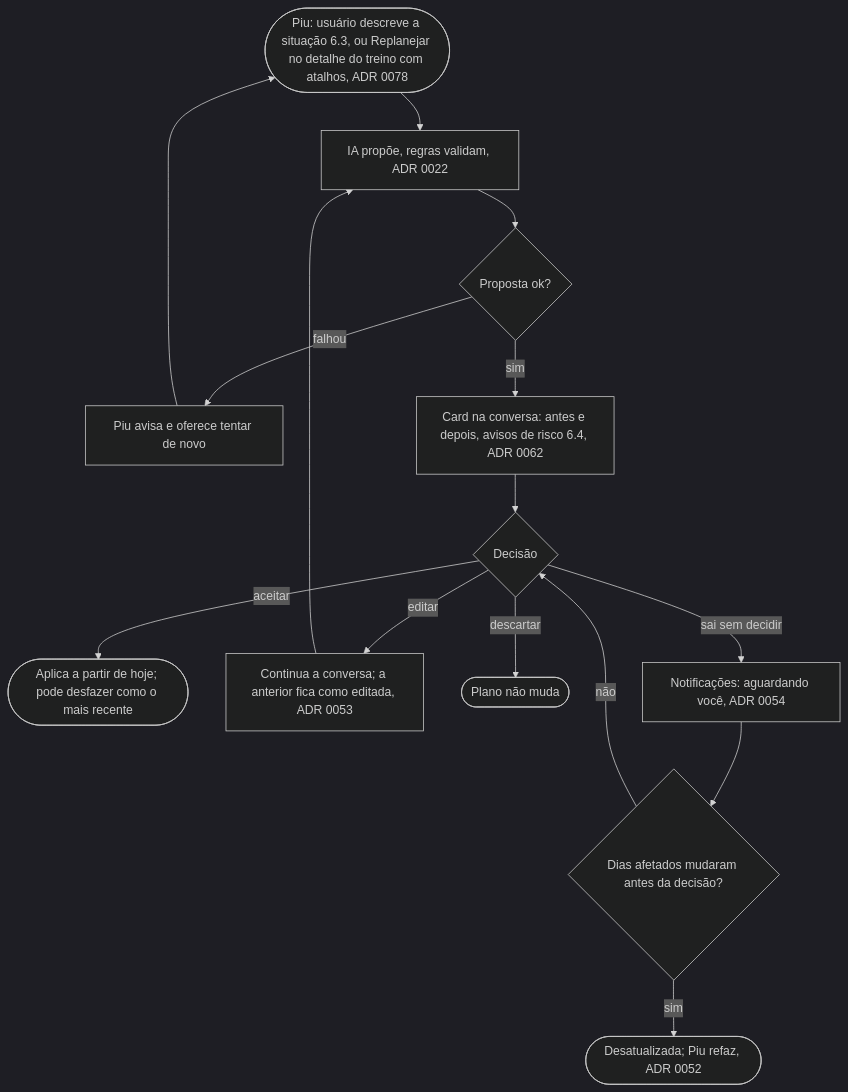
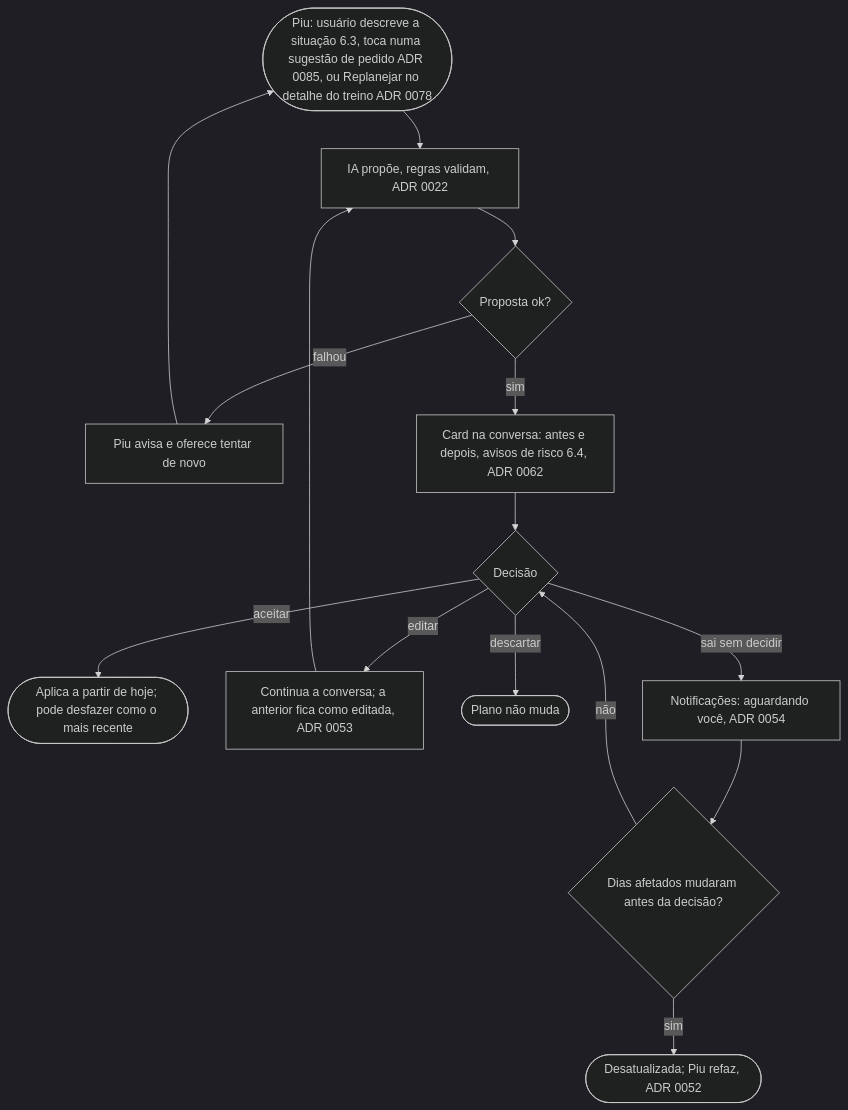
One commit to cruzvini/app-corrida changed the tenth of 11 diagrams in docs/fluxos.md. Above: the diagram before and after it, drawn with Mermaid (dark theme). The commit also changed other lines of this file and 6 other files, not shown here.

First line of the commit message:
docs: ADR 0085 - sugestões de pedido no Piu geram uma proposta do Piu

````diff
--- a/docs/fluxos.md
+++ b/docs/fluxos.md
@@ -241,15 +239,15 @@
 ```mermaid
 flowchart TD
-  A([Piu: usuário descreve a situação 6.3, ou Replanejar no detalhe do treino com atalhos, ADR 0078]) --> B[IA propõe, regras validam, ADR 0022]
+  A([Piu: usuário descreve a situação 6.3, toca numa sugestão de pedido ADR 0085, ou Replanejar no detalhe do treino ADR 0078]) --> B[IA propõe, regras validam, ADR 0022]
   B --> C{Proposta ok?}
   C -- falhou --> C1[Piu avisa e oferece tentar de novo] --> A
   C -- sim --> D[Card na conversa: antes e depois, avisos de risco 6.4, ADR 0062]
   D --> E{Decisão}
   E -- aceitar --> F([Aplica a partir de hoje; pode desfazer como o mais recente])
   E -- editar --> G[Continua a conversa; a anterior fica como editada, ADR 0053] --> B
   E -- descartar --> H([Plano não muda])
   E -- sai sem decidir --> I[Notificações: aguardando você, ADR 0054]
   I --> J{Dias afetados mudaram antes da decisão?}
   J -- sim --> K([Desatualizada; Piu refaz, ADR 0052])
   J -- não --> E
 ```
````
